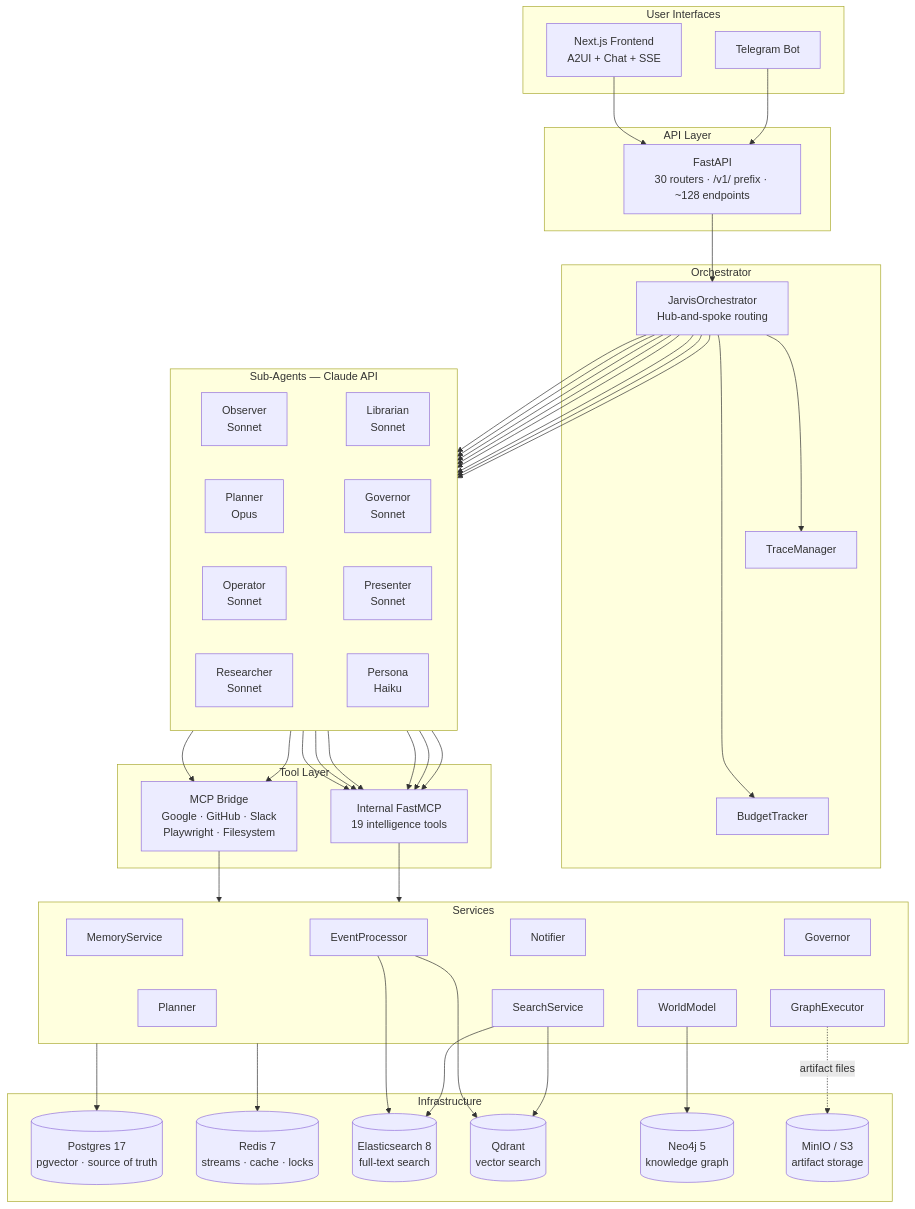
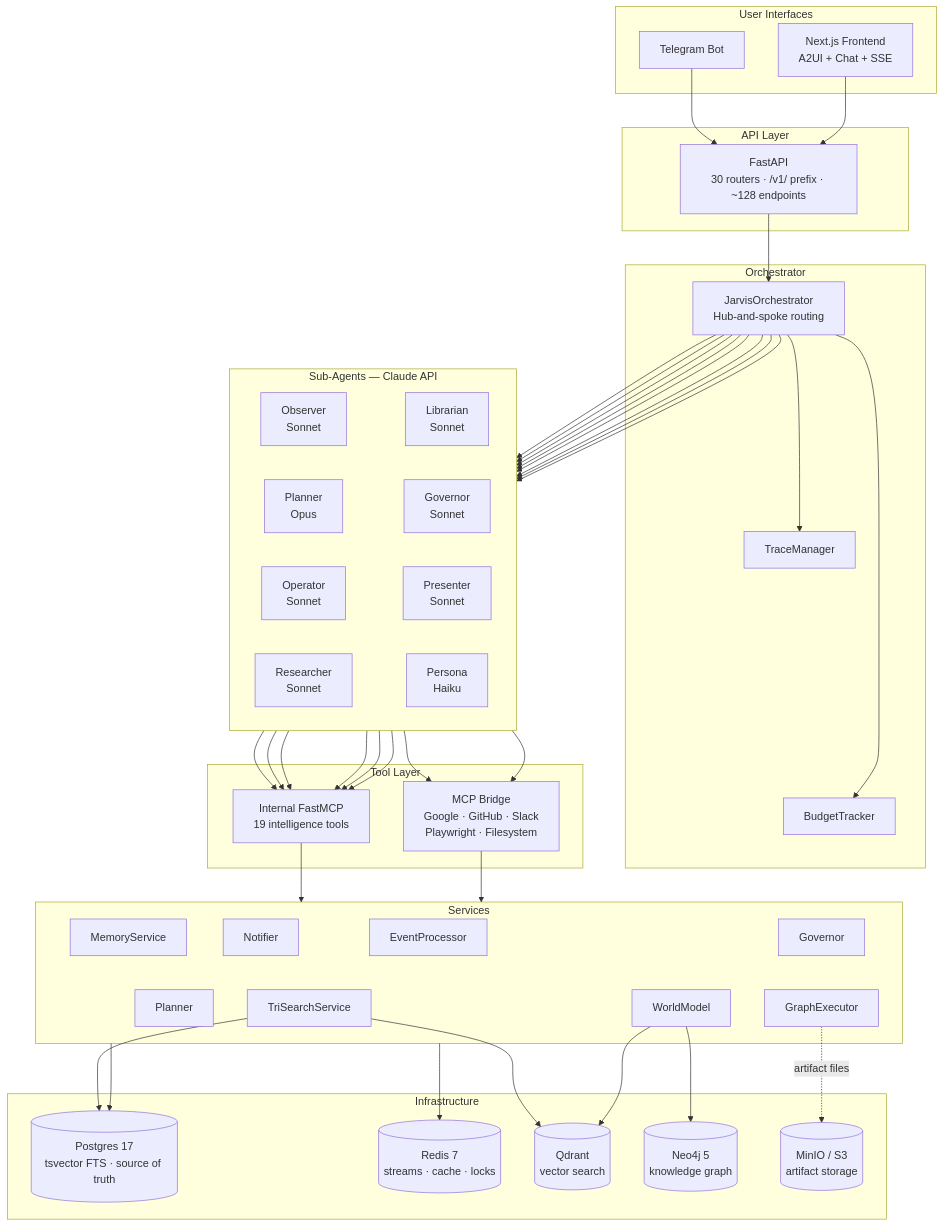
One commit to shivadharmi/muldro changed the diagram in README.md. Above: the diagram before and after it, drawn with Mermaid. The commit also changed other lines of this file and 6 other files, not shown here.

````diff
--- a/README.md
+++ b/README.md
@@ -13,59 +13,57 @@
 ```mermaid
 graph TB
     subgraph UI["User Interfaces"]
         TG[Telegram Bot]
         WEB[Next.js Frontend<br/>A2UI + Chat + SSE]
     end
 
     subgraph API["API Layer"]
         FA[FastAPI<br/>30 routers · /v1/ prefix · ~128 endpoints]
     end
 
     subgraph ORCH["Orchestrator"]
         JO[JarvisOrchestrator<br/>Hub-and-spoke routing]
         TR[TraceManager] ~~~ BU[BudgetTracker]
     end
 
     subgraph AGENTS["Sub-Agents — Claude API"]
         direction LR
         OBS[Observer<br/>Sonnet] ~~~ LIB[Librarian<br/>Sonnet]
         PLN[Planner<br/>Opus] ~~~ GOV[Governor<br/>Sonnet]
         OPR[Operator<br/>Sonnet] ~~~ PRS[Presenter<br/>Sonnet]
         RES[Researcher<br/>Sonnet] ~~~ PER[Persona<br/>Haiku]
     end
 
     subgraph TOOLS["Tool Layer"]
         INT[Internal FastMCP<br/>19 intelligence tools]
         MCP[MCP Bridge<br/>Google · GitHub · Slack<br/>Playwright · Filesystem]
     end
 
     subgraph SVC["Services"]
         EP[EventProcessor] ~~~ WM[WorldModel]
         MS[MemoryService] ~~~ PL[Planner]
         GV[Governor] ~~~ GE[GraphExecutor]
-        NT[Notifier] ~~~ SS[SearchService]
+        NT[Notifier] ~~~ TS[TriSearchService]
     end
 
     subgraph INFRA["Infrastructure"]
-        PG[(Postgres 17<br/>pgvector · source of truth)]
+        PG[(Postgres 17<br/>tsvector FTS · source of truth)]
         RD[(Redis 7<br/>streams · cache · locks)]
-        ES[(Elasticsearch 8<br/>full-text search)]
         QD[(Qdrant<br/>vector search)]
         N4J[(Neo4j 5<br/>knowledge graph)]
         S3[(MinIO / S3<br/>artifact storage)]
     end
 
     TG & WEB --> FA
     FA --> JO
     JO --> TR & BU
     JO --> OBS & LIB & PLN & GOV & OPR & PRS & RES & PER
     OBS & LIB & PLN & GOV & OPR & PRS --> INT
     OPR & RES --> MCP
     INT --> SVC
     MCP --> SVC
     SVC --> PG & RD
-    SS --> ES & QD
-    WM --> N4J
-    EP --> ES & QD
+    TS --> QD & PG
+    WM --> N4J & QD
     GE -.->|artifact files| S3
 ```
````
